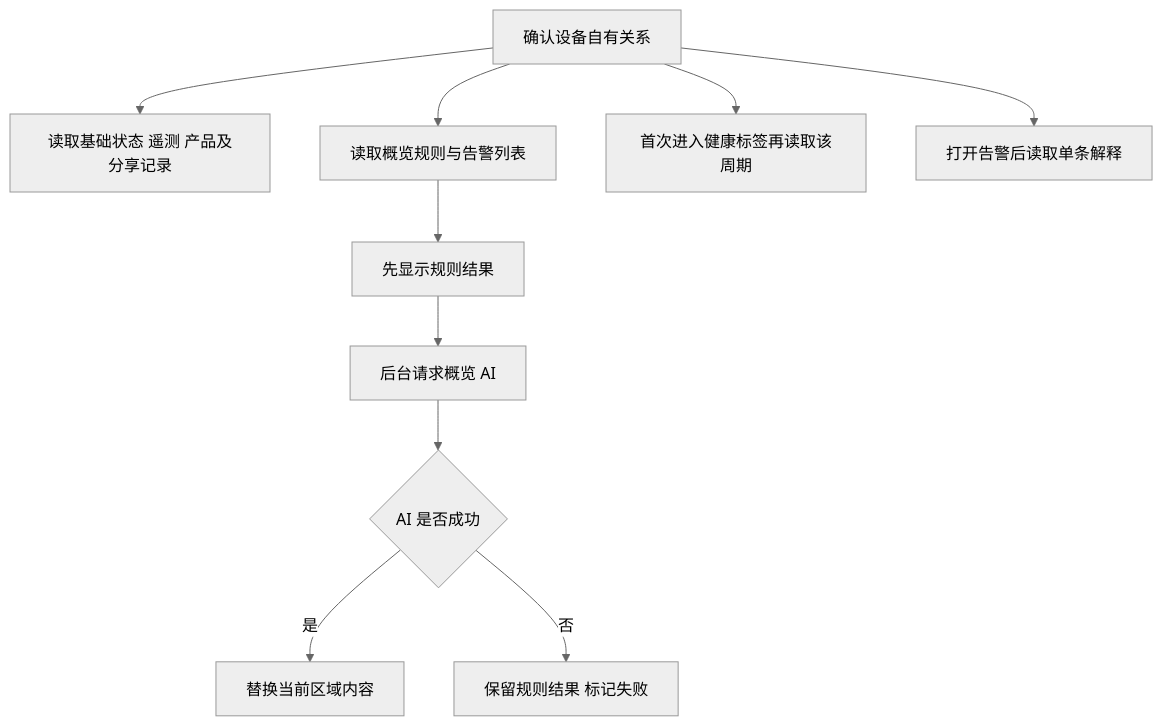
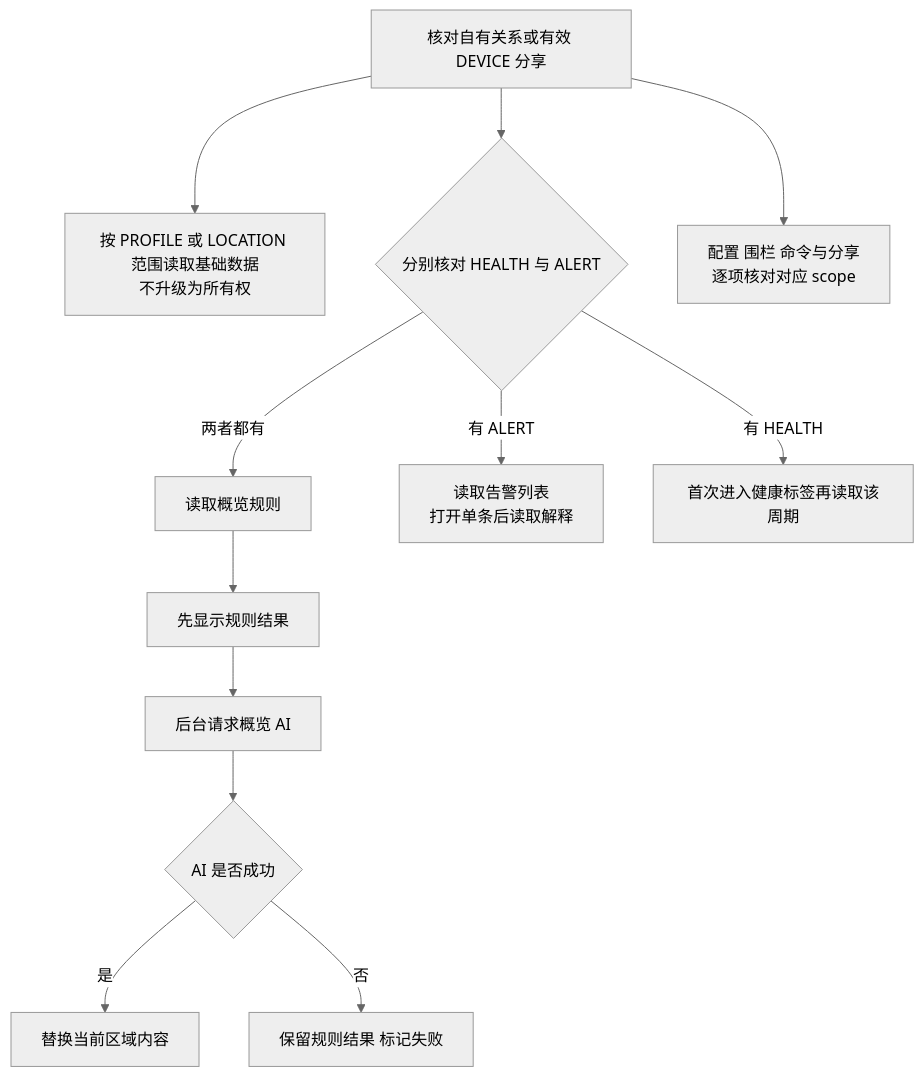
Before and after one commit to jarLiao/eview-connect-c-app-prototype: the diagram in guides/detail-flow.mmd, drawn with Mermaid (neutral theme). The commit also changed 38 other files, not shown here.

```diff
--- a/guides/detail-flow.mmd
+++ b/guides/detail-flow.mmd
@@ -1,10 +1,12 @@
 flowchart TD
-    A[确认设备自有关系] --> B[读取基础状态 遥测 产品及分享记录]
-    A --> C[读取概览规则与告警列表]
+    A[核对自有关系或有效 DEVICE 分享] --> B[按 PROFILE 或 LOCATION 范围读取基础数据<br/>不升级为所有权]
+    A --> R{分别核对 HEALTH 与 ALERT}
+    R -->|两者都有| C[读取概览规则]
+    R -->|有 ALERT| J[读取告警列表<br/>打开单条后读取解释]
     C --> D[先显示规则结果]
     D --> E[后台请求概览 AI]
     E --> F{AI 是否成功}
     F -->|是| G[替换当前区域内容]
     F -->|否| H[保留规则结果 标记失败]
-    A --> I[首次进入健康标签再读取该周期]
-    A --> J[打开告警后读取单条解释]
+    R -->|有 HEALTH| I[首次进入健康标签再读取该周期]
+    A --> K[配置 围栏 命令与分享<br/>逐项核对对应 scope]
```
